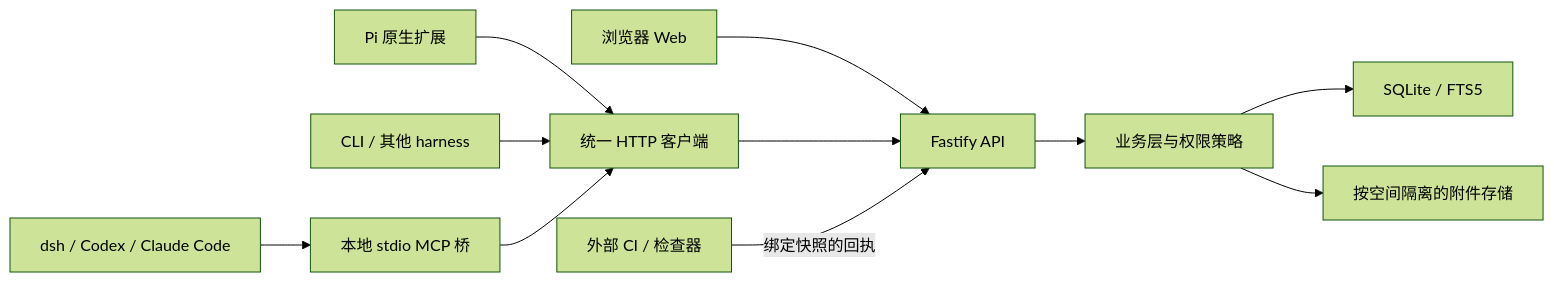
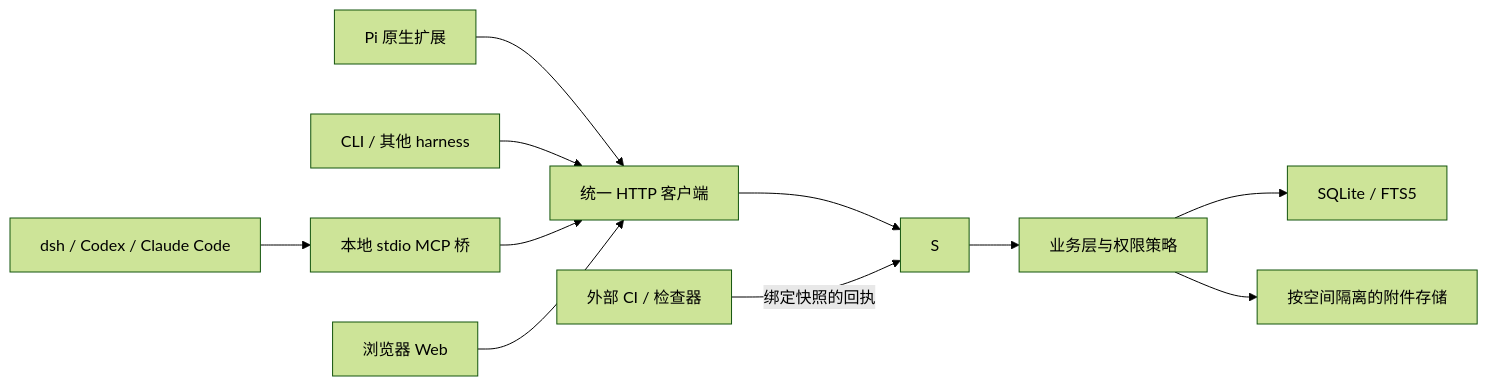
Before and after one commit to SakuyaInazaki/Detuned: the diagram in docs/02-architecture.md, drawn with Mermaid (forest theme). The commit also changed other lines of this file and 14846 other files, not shown here.

````diff
--- a/docs/02-architecture.md
+++ b/docs/02-architecture.md
@@ -5,13 +5,13 @@
 ```mermaid
 flowchart LR
   D[dsh / Codex / Claude Code] --> M[本地 stdio MCP 桥]
   P[Pi 原生扩展] --> C[统一 HTTP 客户端]
   L[CLI / 其他 harness] --> C
   M --> C
-  W[浏览器 Web] --> S[Fastify API]
+  W[浏览器 Web] --> C
   C --> S
   S --> B[业务层与权限策略]
   B --> Q[SQLite / FTS5]
   B --> A[按空间隔离的附件存储]
   V[外部 CI / 检查器] -->|绑定快照的回执| S
 ```
````
